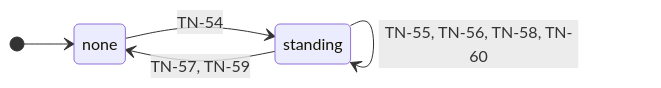
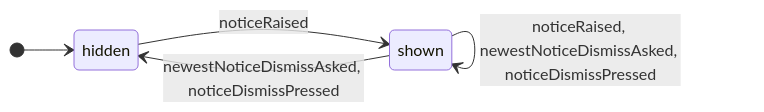
Before and after one commit to GoodRelax/gr-scheduler: diagram 13 of 14 in docs/spec/_assets/tbl-state-machines.md, drawn with Mermaid. The commit also changed other lines of this file and 22 other files, not shown here.

````diff
--- a/docs/spec/_assets/tbl-state-machines.md
+++ b/docs/spec/_assets/tbl-state-machines.md
@@ -384,10 +434,10 @@
 ```mermaid
 stateDiagram-v2
     direction LR
-    [*] --> notices_onScreen_none
-    notices_onScreen_none : none
-    notices_onScreen_standing : standing
-    notices_onScreen_none --> notices_onScreen_standing : TN-54
-    notices_onScreen_standing --> notices_onScreen_standing : TN-55, TN-56, TN-58, TN-60
-    notices_onScreen_standing --> notices_onScreen_none : TN-57, TN-59
+    [*] --> noticeDisplayStateMachine_hidden
+    noticeDisplayStateMachine_hidden : hidden
+    noticeDisplayStateMachine_shown : shown
+    noticeDisplayStateMachine_hidden --> noticeDisplayStateMachine_shown : noticeRaised
+    noticeDisplayStateMachine_shown --> noticeDisplayStateMachine_shown : noticeRaised, newestNoticeDismissAsked, noticeDismissPressed
+    noticeDisplayStateMachine_shown --> noticeDisplayStateMachine_hidden : newestNoticeDismissAsked, noticeDismissPressed
 ```
````
